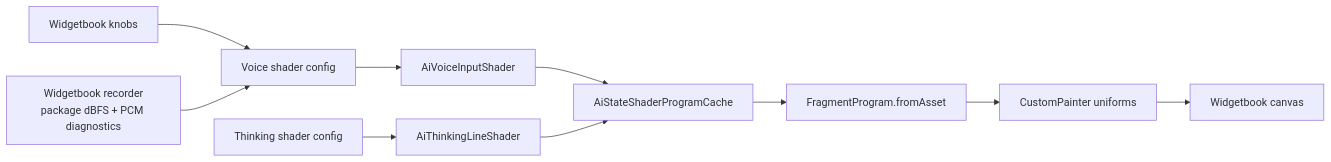
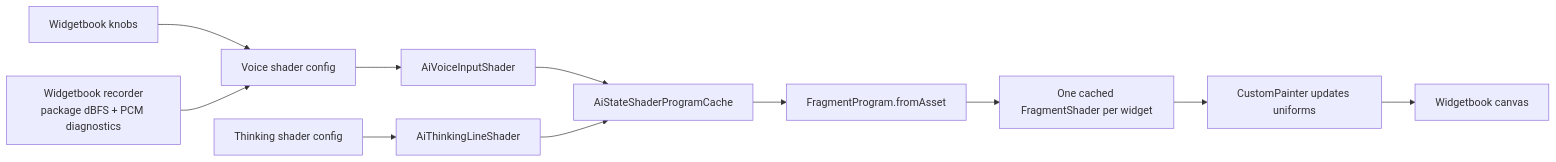
Before and after one commit to matthiasn/lotti: the ninth of 12 diagrams in lib/features/ai/README.md, drawn with Mermaid. The commit also changed other lines of this file and 19 other files, not shown here.

````diff
--- a/lib/features/ai/README.md
+++ b/lib/features/ai/README.md
@@ -743,12 +750,13 @@
 ```mermaid
 flowchart LR
   Knobs["Widgetbook knobs"] --> VoiceConfig["Voice shader config"]
   Recorder["Widgetbook recorder<br/>package dBFS + PCM diagnostics"] --> VoiceConfig
   VoiceConfig --> VoiceWidget["AiVoiceInputShader"]
   ThinkConfig["Thinking shader config"] --> ThinkWidget["AiThinkingLineShader"]
   VoiceWidget --> ProgramCache["AiStateShaderProgramCache"]
   ThinkWidget --> ProgramCache
   ProgramCache --> FragmentProgram["FragmentProgram.fromAsset"]
-  FragmentProgram --> Painter["CustomPainter uniforms"]
+  FragmentProgram --> FragmentShader["One cached FragmentShader per widget"]
+  FragmentShader --> Painter["CustomPainter updates uniforms"]
   Painter --> Canvas["Widgetbook canvas"]
 ```
````
